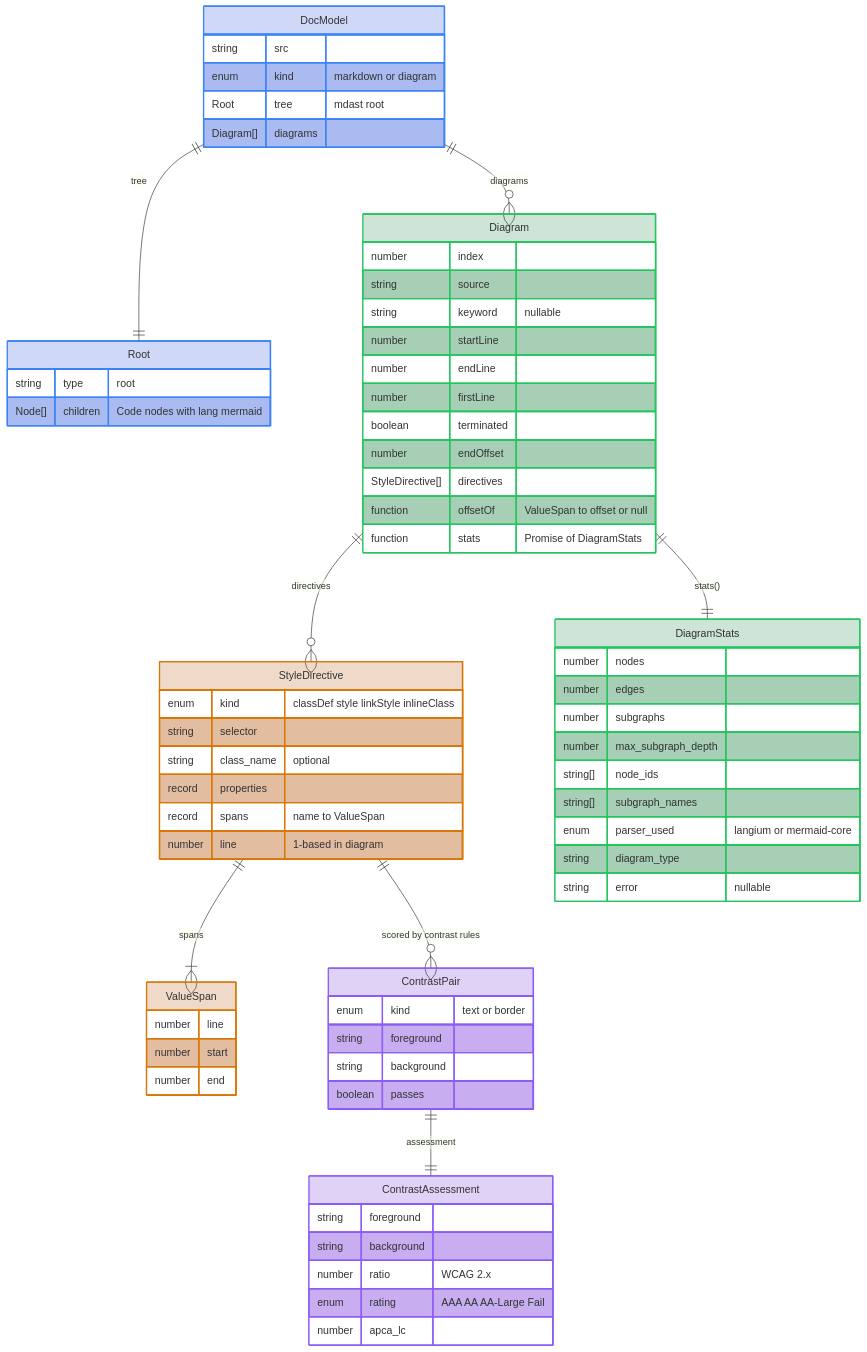
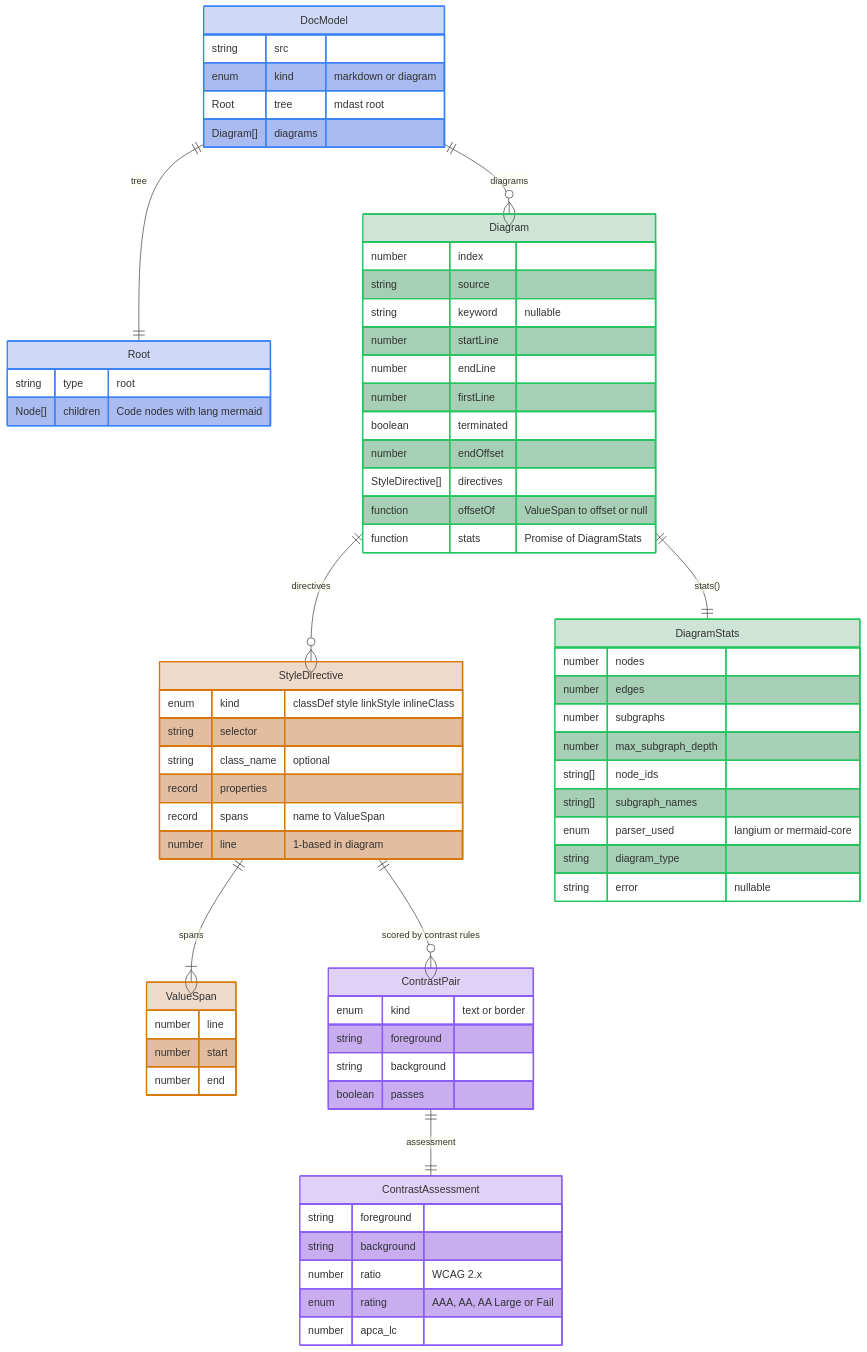
The diagram in docs-site/diagrams/document-model-detail.md (jpeakai/jpai-mermaidjs-lint), drawn with Mermaid before and after one commit. The commit also changed 66 other files, not shown here.

First line of the commit message:
Round 3: types, raw-diagram verification, safer recipes, upgrade notes

````diff
--- a/docs-site/diagrams/document-model-detail.md
+++ b/docs-site/diagrams/document-model-detail.md
@@ -1,80 +1,80 @@
 ```mermaid
 erDiagram
     DocModel ||--|| Root : "tree"
     DocModel ||--o{ Diagram : "diagrams"
     Diagram ||--o{ StyleDirective : "directives"
     StyleDirective ||--|{ ValueSpan : "spans"
     Diagram ||--|| DiagramStats : "stats()"
     StyleDirective ||--o{ ContrastPair : "scored by contrast rules"
     ContrastPair ||--|| ContrastAssessment : "assessment"
 
     DocModel {
         string src
         enum kind "markdown or diagram"
         Root tree "mdast root"
         Diagram[] diagrams
     }
     Root {
         string type "root"
         Node[] children "Code nodes with lang mermaid"
     }
     Diagram {
         number index
         string source
         string keyword "nullable"
         number startLine
         number endLine
         number firstLine
         boolean terminated
         number endOffset
         StyleDirective[] directives
         function offsetOf "ValueSpan to offset or null"
         function stats "Promise of DiagramStats"
     }
     StyleDirective {
         enum kind "classDef style linkStyle inlineClass"
         string selector
         string class_name "optional"
         record properties
         record spans "name to ValueSpan"
         number line "1-based in diagram"
     }
     ValueSpan {
         number line
         number start
         number end
     }
     DiagramStats {
         number nodes
         number edges
         number subgraphs
         number max_subgraph_depth
         string[] node_ids
         string[] subgraph_names
         enum parser_used "langium or mermaid-core"
         string diagram_type
         string error "nullable"
     }
     ContrastPair {
         enum kind "text or border"
         string foreground
         string background
         boolean passes
     }
     ContrastAssessment {
         string foreground
         string background
         number ratio "WCAG 2.x"
-        enum rating "AAA AA AA-Large Fail"
+        enum rating "AAA, AA, AA Large or Fail"
         number apca_lc
     }
 
     classDef docTint fill:#1d4ed836,stroke:#3b82f6,stroke-width:2px
     classDef diagramTint fill:#15803d36,stroke:#22c55e,stroke-width:2px
     classDef styleTint fill:#b4530936,stroke:#d97706,stroke-width:2px
     classDef scoreTint fill:#6d28d936,stroke:#8b5cf6,stroke-width:2px
     class DocModel,Root docTint
     class Diagram,DiagramStats diagramTint
     class StyleDirective,ValueSpan styleTint
     class ContrastPair,ContrastAssessment scoreTint
 ```
````
